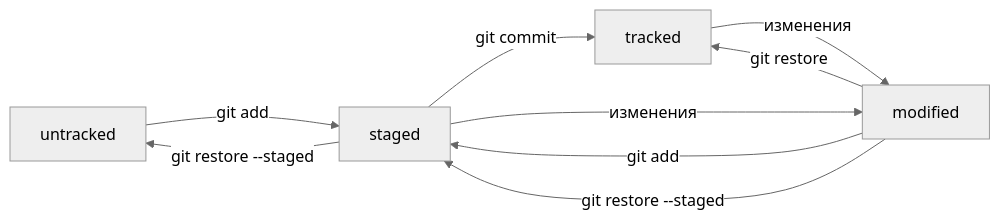
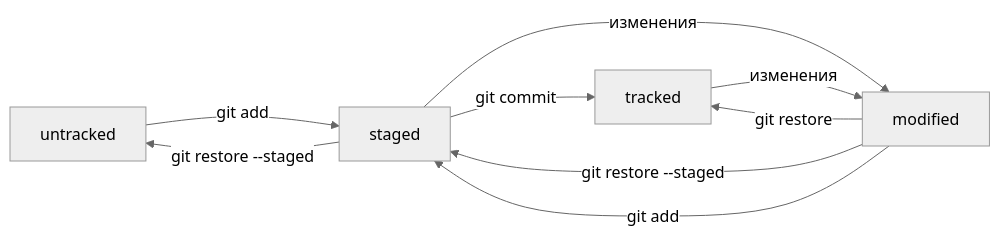
One commit to phantom-333/git-help changed the diagram in README.md. Above: the diagram before and after it, drawn with Mermaid (neutral theme). The commit also changed other lines of this file, not shown here.

Commit message:
Дополнить информацию про git restore

````diff
--- a/README.md
+++ b/README.md
@@ -80,12 +80,12 @@
 ```mermaid
 %% Статусы файлов:
 graph LR;
   untracked -- "git add"       --> staged;
   staged    -- "git restore --staged"  --> untracked;
-  modified  -- "git add"       --> staged;
   staged    -- "git commit"    --> tracked;
   staged    -- "изменения"     --> modified;
   tracked   -- "изменения"     --> modified;
   modified  -- "git restore"   --> tracked;
   modified  -- "git restore --staged"   --> staged;
+  modified  -- "git add"       --> staged;
 ```
````
